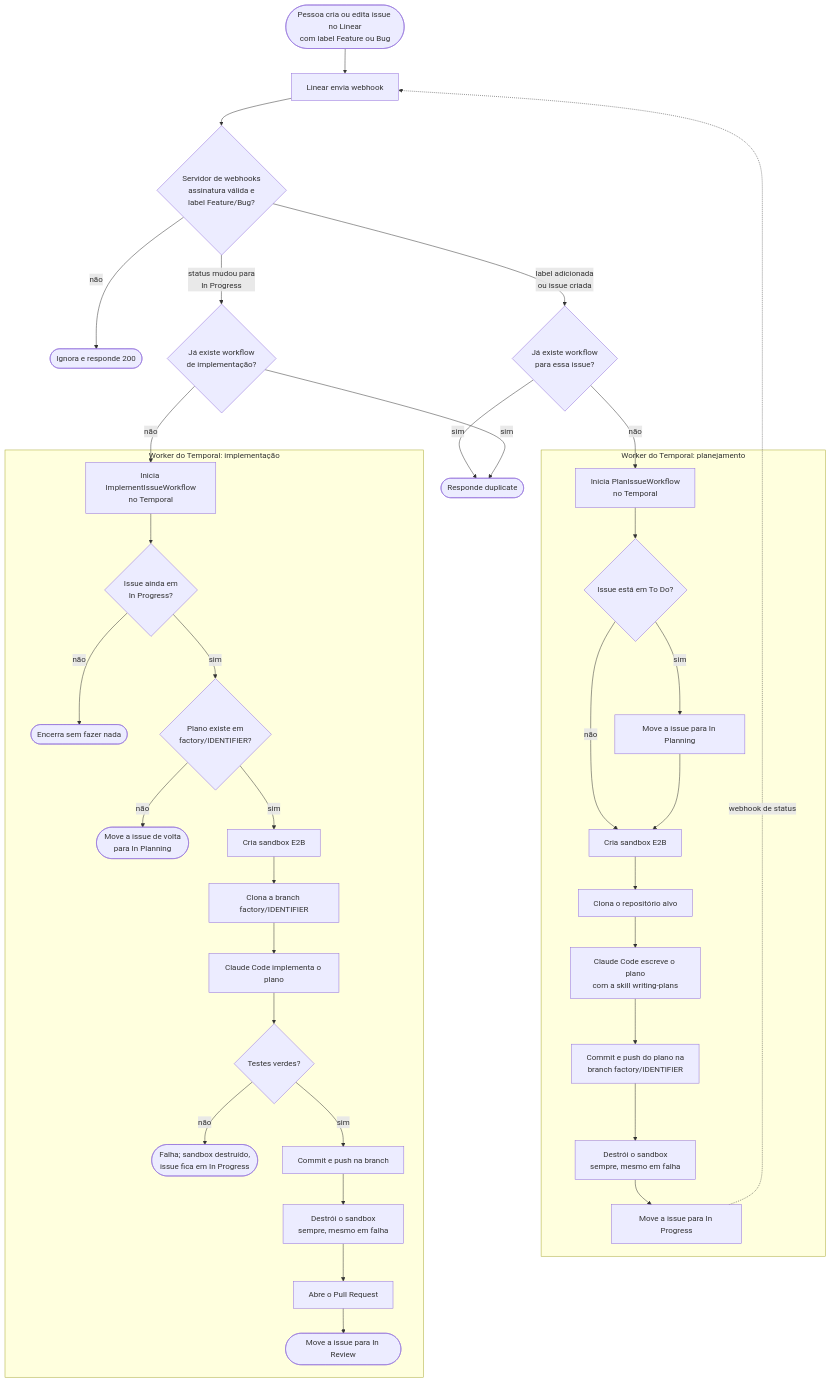
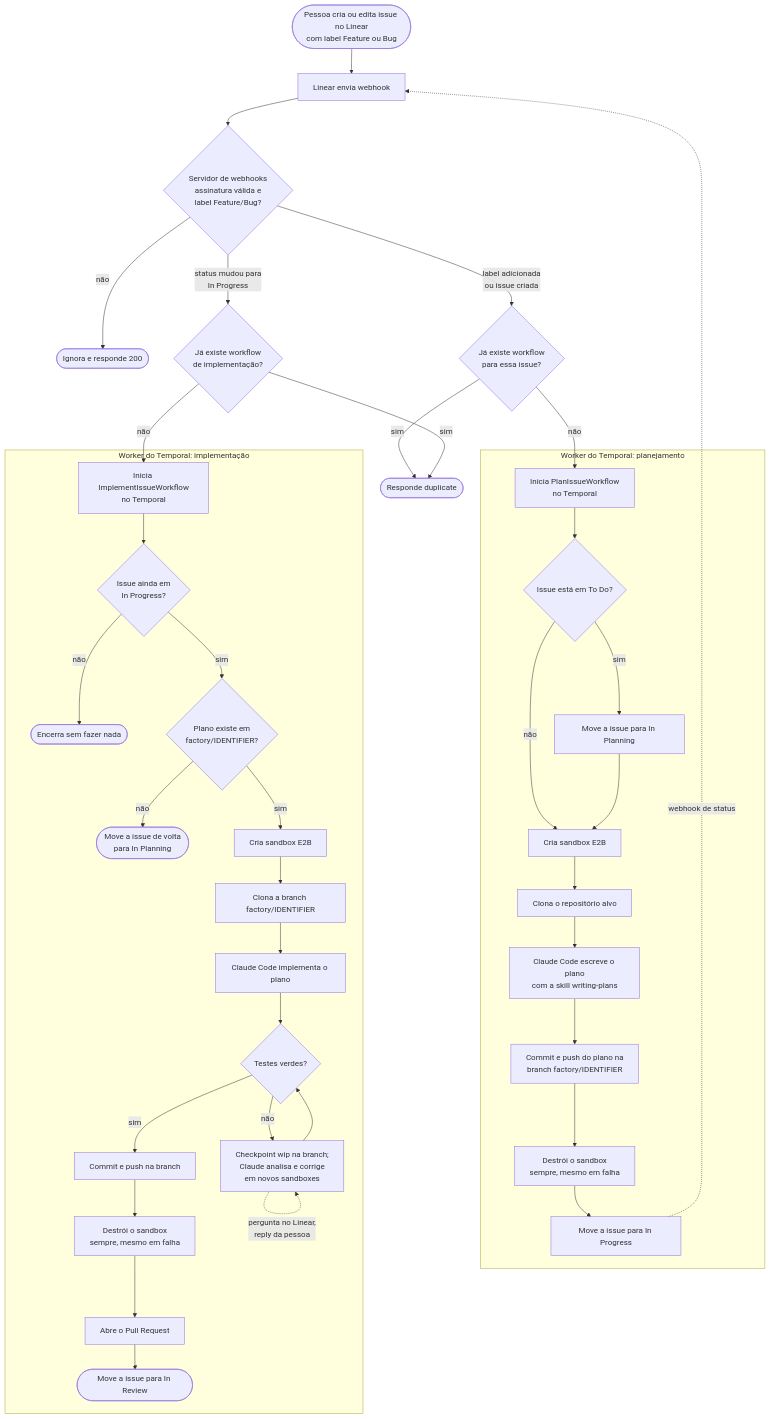
Before and after one commit to joaovitorzanardo/software-factory: the diagram in README.md, drawn with Mermaid. The commit also changed other lines of this file and 6 other files, not shown here.

Commit message:
feat: reply no Linear responde a pergunta do loop de correção

````diff
--- a/README.md
+++ b/README.md
@@ -25,42 +27,44 @@
 ```mermaid
 flowchart TD
     A([Pessoa cria ou edita issue no Linear<br/>com label Feature ou Bug]) --> B[Linear envia webhook]
     B --> C{Servidor de webhooks<br/>assinatura válida e<br/>label Feature/Bug?}
     C -- não --> C1([Ignora e responde 200])
     C -- "label adicionada<br/>ou issue criada" --> D{Já existe workflow<br/>para essa issue?}
     C -- "status mudou para<br/>In Progress" --> P{Já existe workflow<br/>de implementação?}
     D -- sim --> D1([Responde duplicate])
     D -- não --> E[Inicia PlanIssueWorkflow<br/>no Temporal]
     P -- sim --> D1
     P -- não --> Q[Inicia ImplementIssueWorkflow<br/>no Temporal]
 
     subgraph W[Worker do Temporal: planejamento]
         E --> F{Issue está em To Do?}
         F -- sim --> F1[Move a issue para In Planning]
         F -- não --> G
         F1 --> G[Cria sandbox E2B]
         G --> H[Clona o repositório alvo]
         H --> I[Claude Code escreve o plano<br/>com a skill writing-plans]
         I --> J[Commit e push do plano na<br/>branch factory/IDENTIFIER]
         J --> K[Destrói o sandbox<br/>sempre, mesmo em falha]
         K --> L[Move a issue para In Progress]
     end
 
     L -. webhook de status .-> B
 
     subgraph X[Worker do Temporal: implementação]
         Q --> R{Issue ainda em<br/>In Progress?}
         R -- não --> R1([Encerra sem fazer nada])
         R -- sim --> S{Plano existe em<br/>factory/IDENTIFIER?}
         S -- não --> S1([Move a issue de volta<br/>para In Planning])
         S -- sim --> T[Cria sandbox E2B]
         T --> U[Clona a branch factory/IDENTIFIER]
         U --> V[Claude Code implementa o plano]
         V --> Y{Testes verdes?}
-        Y -- não --> Y1([Falha; sandbox destruído,<br/>issue fica em In Progress])
+        Y -- não --> Y1[Checkpoint wip na branch;<br/>Claude analisa e corrige<br/>em novos sandboxes]
+        Y1 -. pergunta no Linear,<br/>reply da pessoa .-> Y1
+        Y1 --> Y
         Y -- sim --> Z[Commit e push na branch]
         Z --> Z1[Destrói o sandbox<br/>sempre, mesmo em falha]
         Z1 --> Z2[Abre o Pull Request]
         Z2 --> Z3([Move a issue para In Review])
     end
 ```
````
